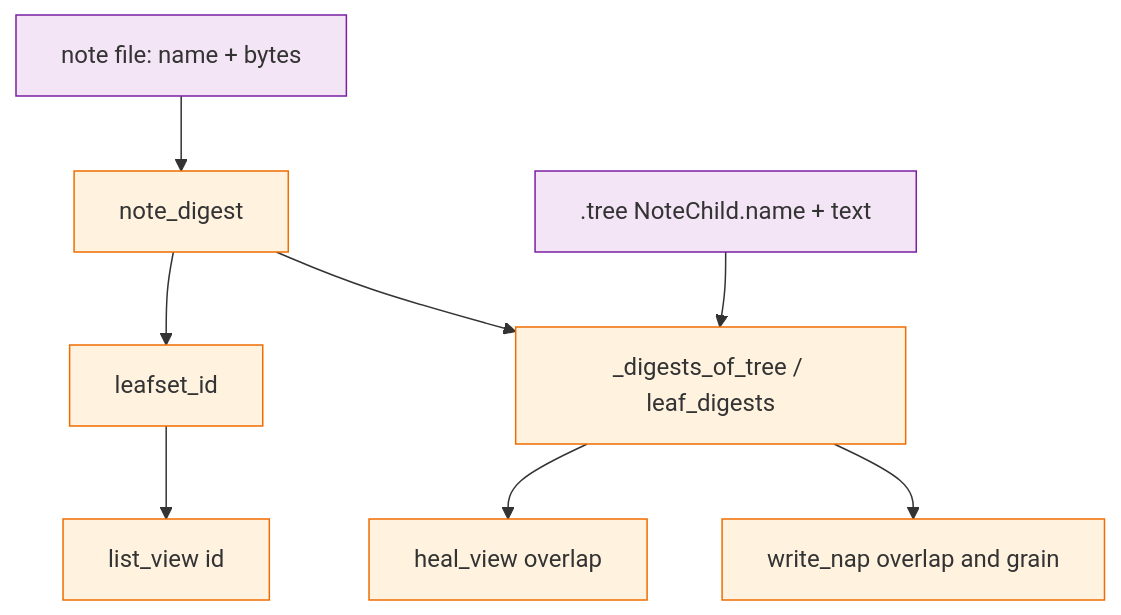
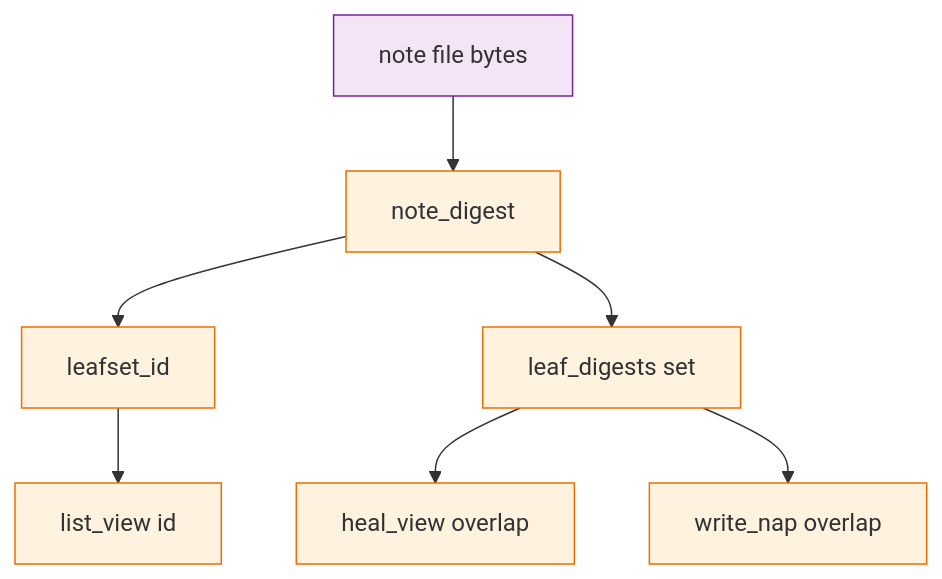
Before and after one commit to Texarkanine/SumMem: the diagram in memory-bank/active/creative/creative-leaf-identity.md, drawn with Mermaid. The commit also changed other lines of this file and 14 other files, not shown here.

````diff
--- a/memory-bank/active/creative/creative-leaf-identity.md
+++ b/memory-bank/active/creative/creative-leaf-identity.md
@@ -33,13 +34,12 @@
 ```mermaid
 graph TD
     classDef store fill:#f3e5f5,stroke:#7b1fa2;
     classDef script fill:#fff3e0,stroke:#ef6c00;
 
-    Note["note file: name + bytes"]:::store --> Digest["note_digest"]:::script
+    Bytes["note file bytes"]:::store --> Digest["note_digest"]:::script
     Digest --> Leafset["leafset_id"]:::script
-    Digest --> Walk["_digests_of_tree / leaf_digests"]:::script
+    Digest --> Walk["leaf_digests set"]:::script
     Leafset --> View["list_view id"]:::script
     Walk --> Heal["heal_view overlap"]:::script
-    Walk --> Nap["write_nap overlap and grain"]:::script
-    Tree[".tree NoteChild.name + text"]:::store --> Walk
+    Walk --> Nap["write_nap overlap"]:::script
 ```
````
